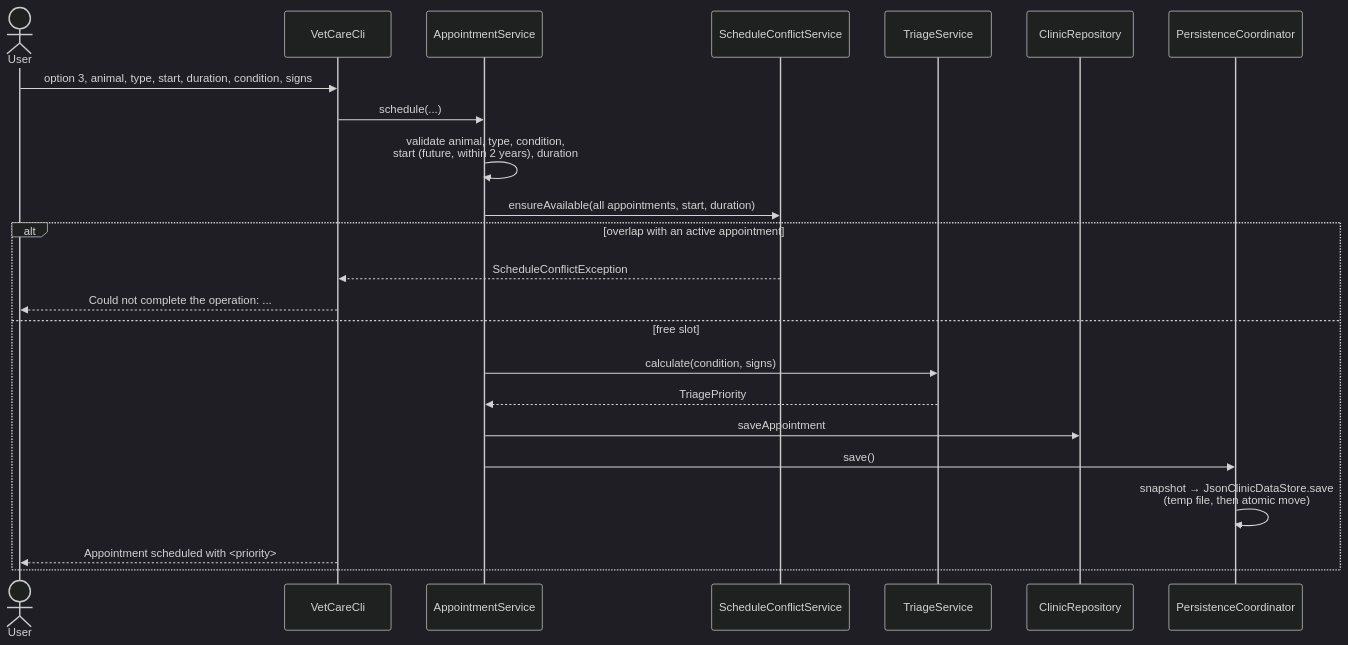
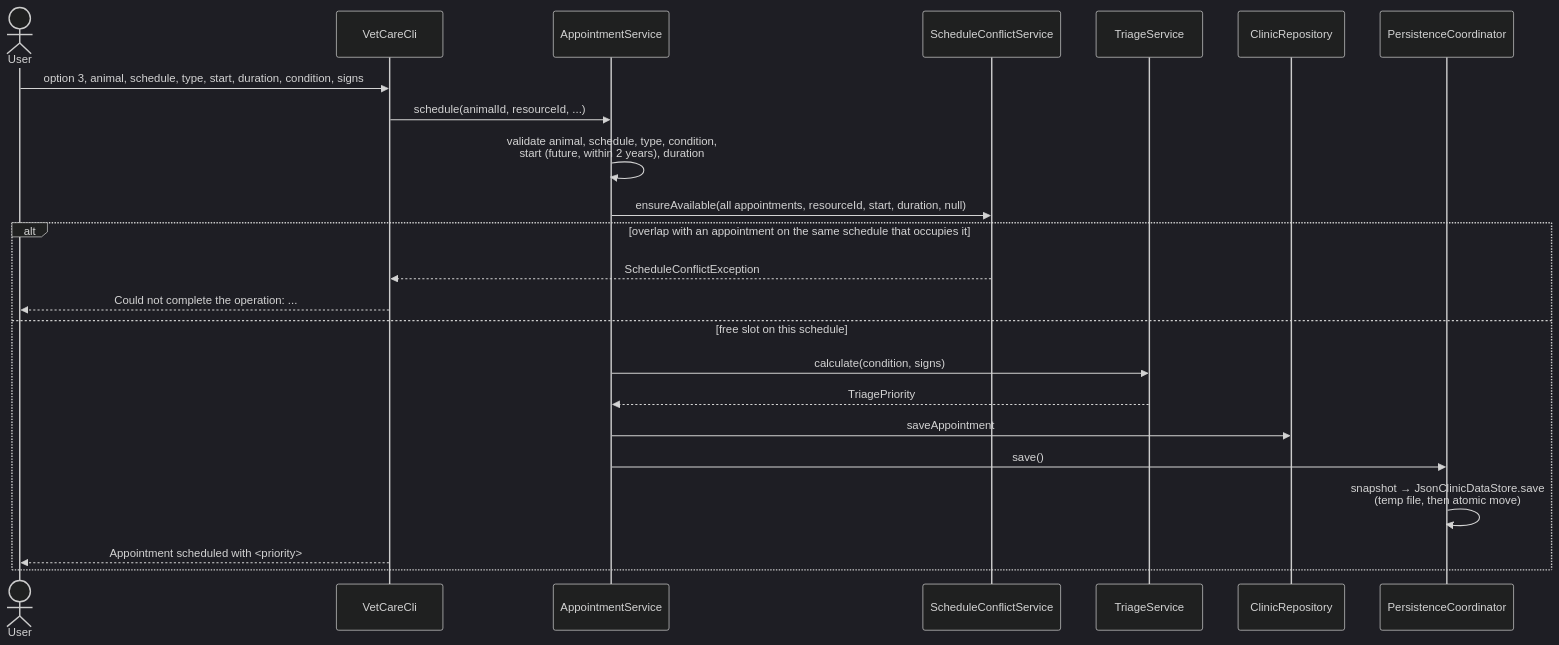
Before and after one commit to Amandadamata/vetcare-scheduler-java: the fifth of 6 diagrams in docs/ARCHITECTURE.md, drawn with Mermaid (dark theme). The commit also changed other lines of this file and 5 other files, not shown here.

````diff
--- a/docs/ARCHITECTURE.md
+++ b/docs/ARCHITECTURE.md
@@ -111,26 +171,26 @@
 ```mermaid
 sequenceDiagram
     actor User
     participant CLI as VetCareCli
     participant APS as AppointmentService
     participant CS as ScheduleConflictService
     participant TS as TriageService
     participant Repo as ClinicRepository
     participant PC as PersistenceCoordinator
 
-    User->>CLI: option 3, animal, type, start, duration, condition, signs
-    CLI->>APS: schedule(...)
-    APS->>APS: validate animal, type, condition,<br/>start (future, within 2 years), duration
-    APS->>CS: ensureAvailable(all appointments, start, duration)
-    alt overlap with an active appointment
+    User->>CLI: option 3, animal, schedule, type, start, duration, condition, signs
+    CLI->>APS: schedule(animalId, resourceId, ...)
+    APS->>APS: validate animal, schedule, type, condition,<br/>start (future, within 2 years), duration
+    APS->>CS: ensureAvailable(all appointments, resourceId, start, duration, null)
+    alt overlap with an appointment on the same schedule that occupies it
         CS-->>CLI: ScheduleConflictException
         CLI-->>User: Could not complete the operation: ...
-    else free slot
+    else free slot on this schedule
         APS->>TS: calculate(condition, signs)
         TS-->>APS: TriagePriority
         APS->>Repo: saveAppointment
         APS->>PC: save()
         PC->>PC: snapshot → JsonClinicDataStore.save<br/>(temp file, then atomic move)
         CLI-->>User: Appointment scheduled with <priority>
     end
 ```
````
